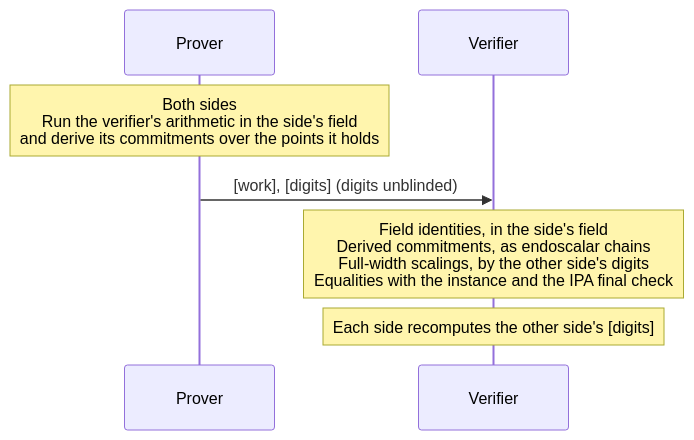
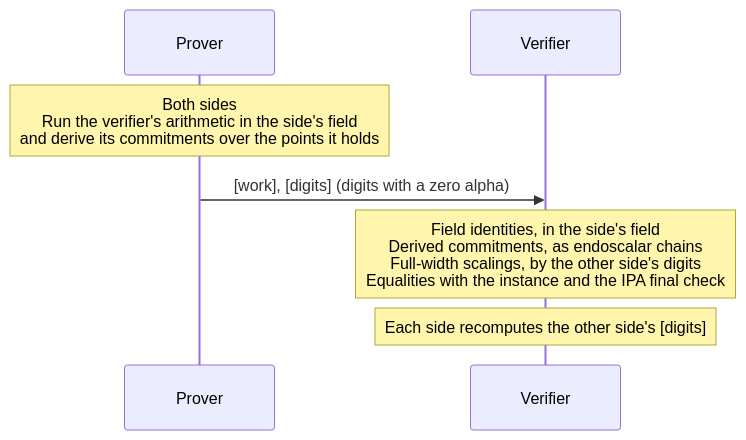
Before and after one commit to tachyon-zcash/ragu: the third of 4 diagrams in book/src/protocol/recursion/decompression.md, drawn with Mermaid. The commit also changed other lines of this file and 60 other files, not shown here.

````diff
--- a/book/src/protocol/recursion/decompression.md
+++ b/book/src/protocol/recursion/decompression.md
@@ -91,9 +91,9 @@
 ```mermaid
 sequenceDiagram
     participant P as Prover
     participant V as Verifier
     Note over P: Both sides<br/>Run the verifier's arithmetic in the side's field<br/>and derive its commitments over the points it holds
-    P->>V: [work], [digits] (digits unblinded)
+    P->>V: [work], [digits] (digits with a zero alpha)
     Note over V: Field identities, in the side's field<br/>Derived commitments, as endoscalar chains<br/>Full-width scalings, by the other side's digits<br/>Equalities with the instance and the IPA final check
     Note over V: Each side recomputes the other side's [digits]
 ```
````
